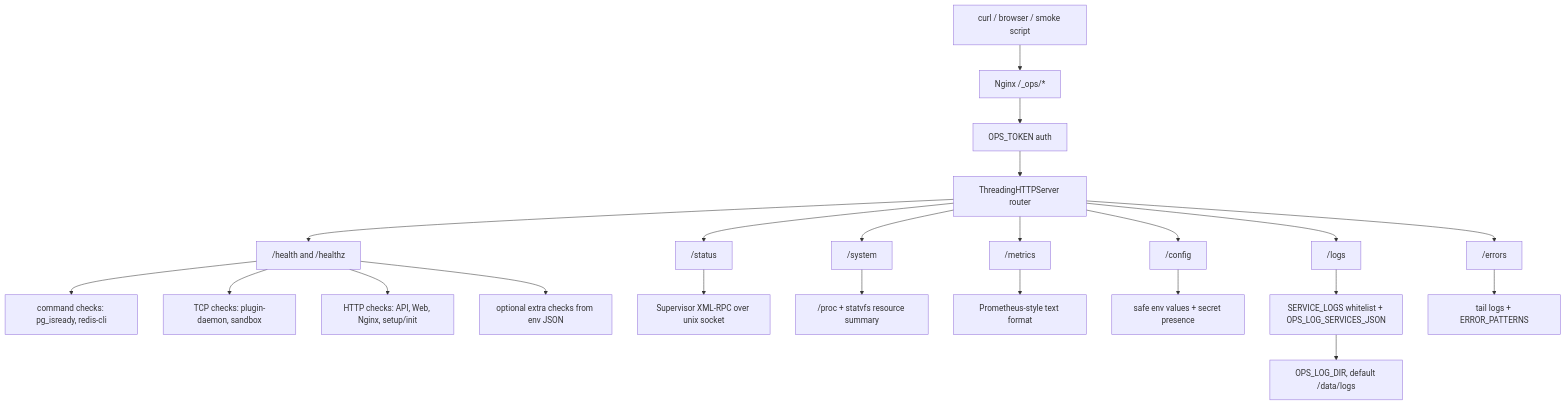
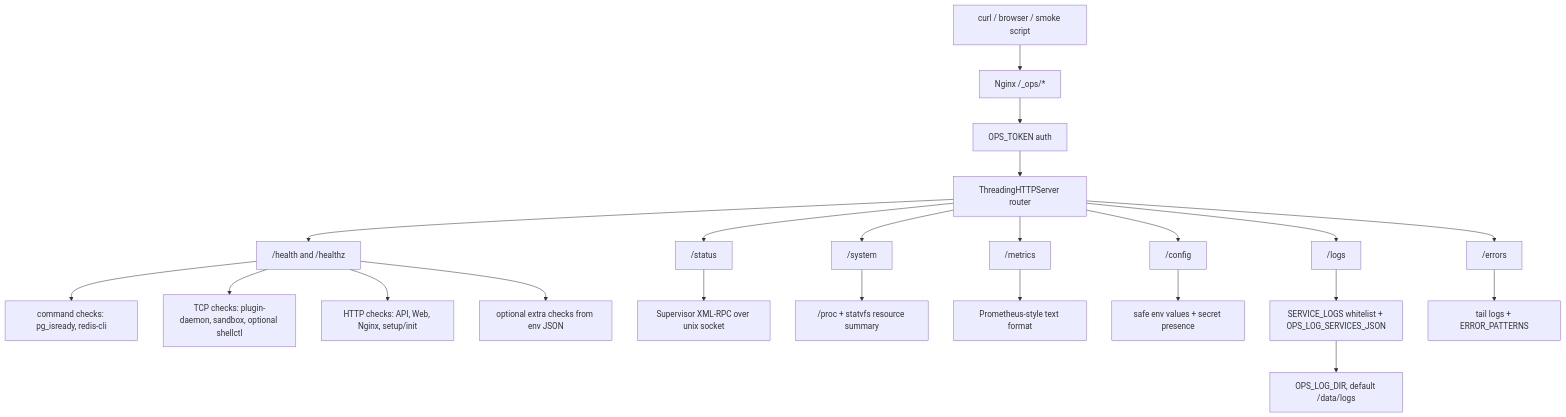
One commit to BlueSkyXN/Dify-all-in-one-HFS changed the second of 3 diagrams in docs/architecture.md. Above: the diagram before and after it, drawn with Mermaid. The commit also changed other lines of this file and 22 other files, not shown here.

````diff
--- a/docs/architecture.md
+++ b/docs/architecture.md
@@ -54,25 +56,25 @@
 ```mermaid
 flowchart TD
     client["curl / browser / smoke script"] --> nginx_ops["Nginx /_ops/*"]
     nginx_ops --> auth["OPS_TOKEN auth"]
     auth --> router["ThreadingHTTPServer router"]
     router --> health["/health and /healthz"]
     router --> status["/status"]
     router --> system["/system"]
     router --> metrics["/metrics"]
     router --> config["/config"]
     router --> logs["/logs"]
     router --> errors["/errors"]
 
     health --> cmd_checks["command checks: pg_isready, redis-cli"]
-    health --> tcp_checks["TCP checks: plugin-daemon, sandbox"]
+    health --> tcp_checks["TCP checks: plugin-daemon, sandbox, optional shellctl"]
     health --> http_checks["HTTP checks: API, Web, Nginx, setup/init"]
     health --> extra_checks["optional extra checks from env JSON"]
     status --> supervisor_status["Supervisor XML-RPC over unix socket"]
     system --> procfs["/proc + statvfs resource summary"]
     metrics --> prom_text["Prometheus-style text format"]
     config --> env_summary["safe env values + secret presence"]
     logs --> log_whitelist["SERVICE_LOGS whitelist + OPS_LOG_SERVICES_JSON"]
     log_whitelist --> log_dir["OPS_LOG_DIR, default /data/logs"]
     errors --> error_patterns["tail logs + ERROR_PATTERNS"]
 ```
````
